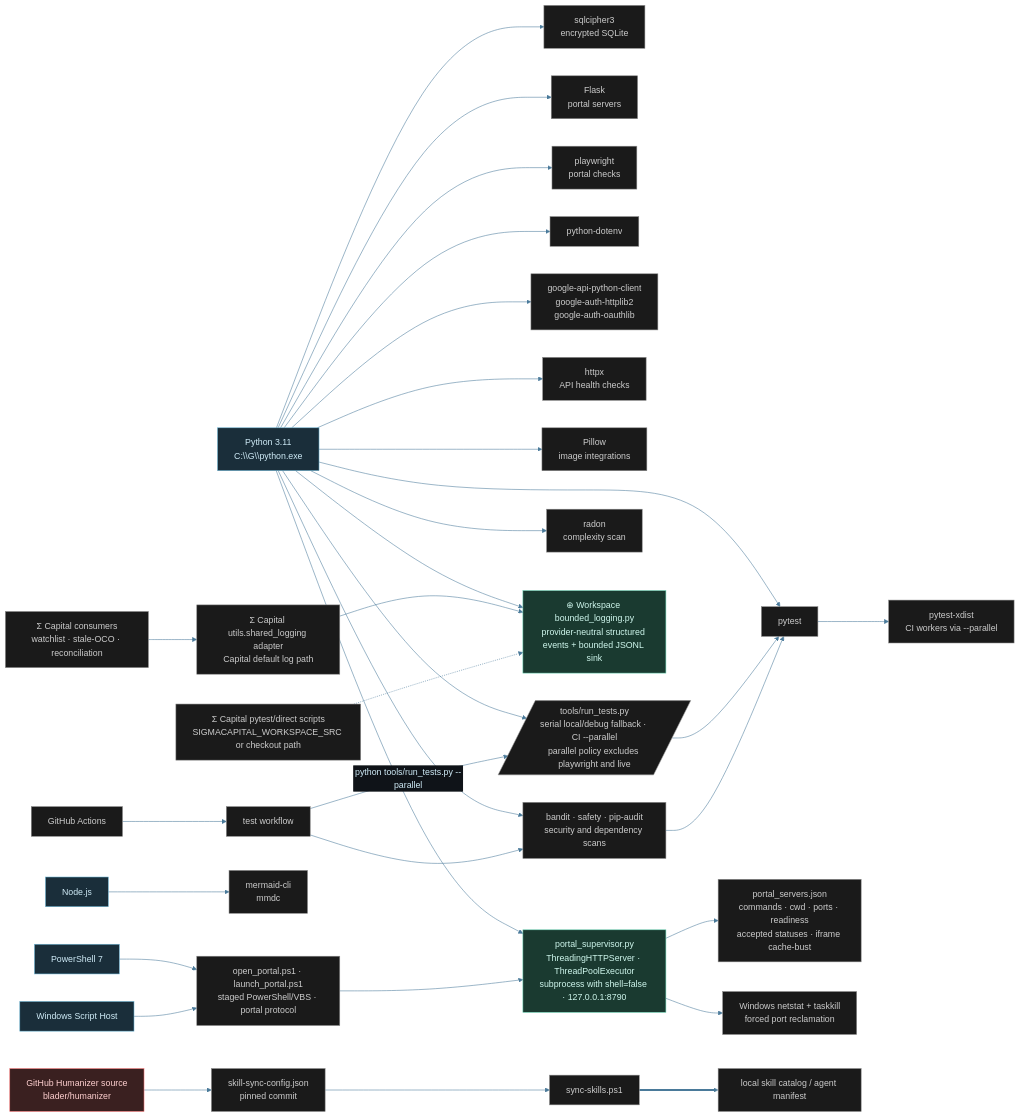
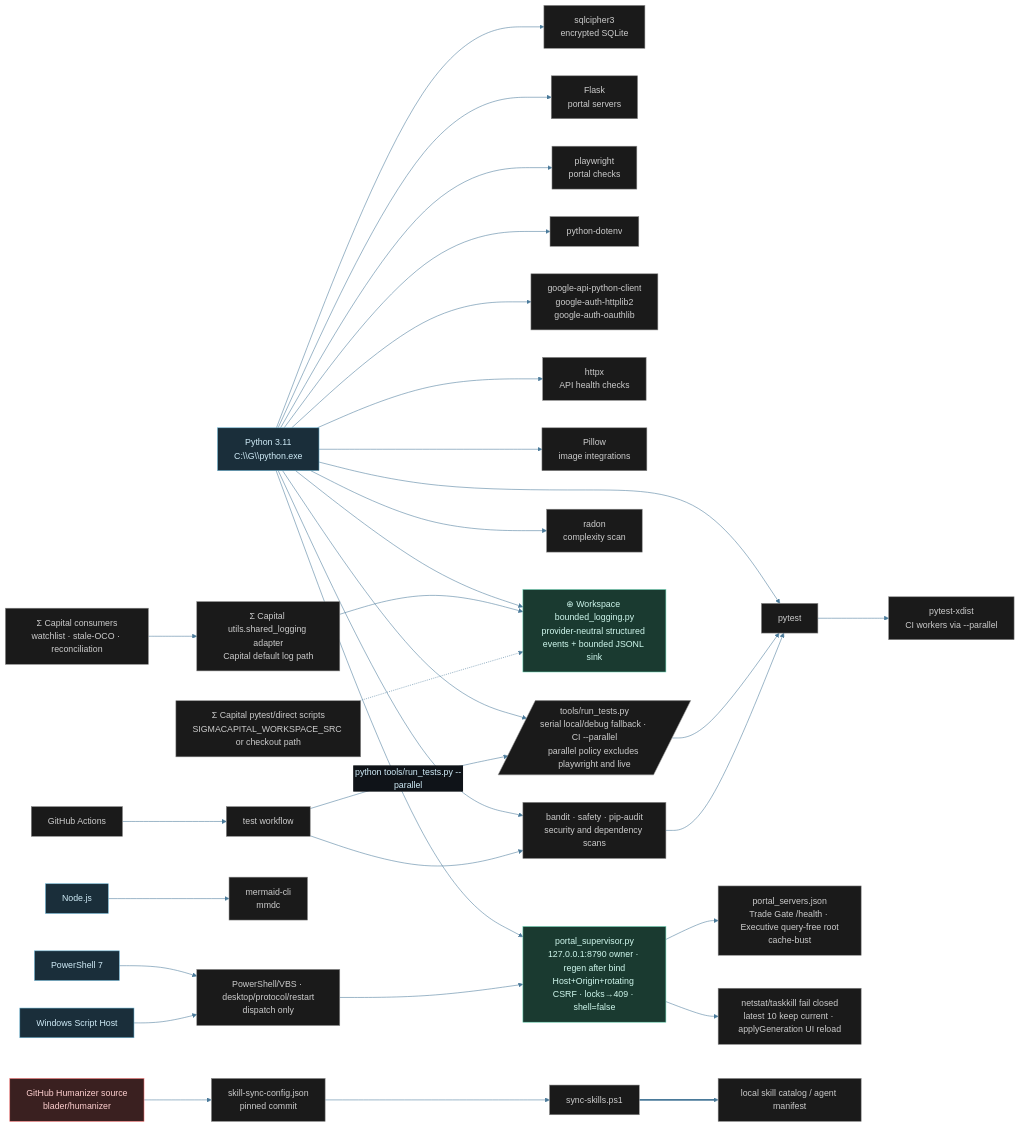
The diagram in diagrams/workspace-tech-stack.mmd (tylerdrakemusic/-Workspace), drawn with Mermaid before and after one commit. The commit also changed 3 other files, not shown here.

Commit message:
docs: refresh portal supervisor architecture

```diff
--- a/diagrams/workspace-tech-stack.mmd
+++ b/diagrams/workspace-tech-stack.mmd
@@ -1,50 +1,50 @@
 %%{init: {'theme': 'base', 'themeVariables': {'primaryColor': '#1a2e3a', 'primaryTextColor': '#d0ecf8', 'edgeLabelBackground': '#0f1318', 'lineColor': '#4a7a9a'}}}%%
 graph LR
     Python[Python 3.11<br/>C:\\G\\python.exe] --> SQLCipher[sqlcipher3<br/>encrypted SQLite]
     Python --> Pytest[pytest]
     Python --> Flask[Flask<br/>portal servers]
     Python --> Playwright[playwright<br/>portal checks]
     Python --> Dotenv[python-dotenv]
     Python --> GoogleAPI[google-api-python-client<br/>google-auth-httplib2<br/>google-auth-oauthlib]
     Python --> Httpx[httpx<br/>API health checks]
     Python --> Pillow[Pillow<br/>image integrations]
     Python --> SecurityTools[bandit · safety · pip-audit<br/>security and dependency scans]
     Python --> Radon[radon<br/>complexity scan]
     Python --> BoundedLogging[⊕ Workspace bounded_logging.py<br/>provider-neutral structured events + bounded JSONL sink]
-    Python --> Supervisor[portal_supervisor.py<br/>ThreadingHTTPServer · ThreadPoolExecutor<br/>subprocess with shell=false · 127.0.0.1:8790]
-    Supervisor --> ServiceConfig[portal_servers.json<br/>commands · cwd · ports · readiness<br/>accepted statuses · iframe cache-bust]
-    Supervisor --> WindowsProcess[Windows netstat + taskkill<br/>forced port reclamation]
-    ThinShims[open_portal.ps1 · launch_portal.ps1<br/>staged PowerShell/VBS · portal protocol] --> Supervisor
+    Python --> Supervisor[portal_supervisor.py<br/>127.0.0.1:8790 owner · regen after bind<br/>Host+Origin+rotating CSRF · locks→409 · shell=false]
+    Supervisor --> ServiceConfig[portal_servers.json<br/>Trade Gate /health · Executive query-free root<br/>cache-bust]
+    Supervisor --> WindowsProcess[netstat/taskkill fail closed<br/>latest 10 keep current · applyGeneration UI reload]
+    ThinShims[PowerShell/VBS · desktop/protocol/restart<br/>dispatch only] --> Supervisor
     PowerShell[PowerShell 7] --> ThinShims
     WindowsScript[Windows Script Host] --> ThinShims
     CapitalLoggingConsumers[Σ Capital consumers<br/>watchlist · stale-OCO · reconciliation] --> CapitalLoggingAdapter[Σ Capital utils.shared_logging adapter<br/>Capital default log path]
     CapitalLoggingAdapter --> BoundedLogging
     CapitalLoggingBootstrap[Σ Capital pytest/direct scripts<br/>SIGMACAPITAL_WORKSPACE_SRC or checkout path] -.-> BoundedLogging
     Python --> TestRunner[/tools/run_tests.py<br/>serial local/debug fallback · CI --parallel<br/>parallel policy excludes playwright and live/]
     TestRunner --> Pytest
     Pytest --> Xdist[pytest-xdist<br/>CI workers via --parallel]
     Node[Node.js] --> Mmdc[mermaid-cli<br/>mmdc]
     GitHub[GitHub Actions] --> CI_Tests[test workflow]
     CI_Tests --> SecurityTools --> Pytest
     CI_Tests -->|"python tools/run_tests.py --parallel"| TestRunner
     HumanizerSource[GitHub Humanizer source<br/>blader/humanizer] --> SkillSyncConfig[skill-sync-config.json<br/>pinned commit]
     SkillSyncConfig --> SkillSyncScript[sync-skills.ps1]
     SkillSyncScript ==> LocalSkillCatalog[local skill catalog / agent manifest]
     class Python,Node,PowerShell,WindowsScript lang
     class Supervisor,BoundedLogging ws
     class CapitalLoggingAdapter,CapitalLoggingConsumers,CapitalLoggingBootstrap tool
     class SQLCipher,Pytest,TestRunner,Xdist,Flask,Playwright,Dotenv,Mmdc,ThinShims,ServiceConfig,WindowsProcess,GitHub,CI_Tests,GoogleAPI,Httpx,Pillow,SecurityTools,Radon,SkillSyncConfig,SkillSyncScript,LocalSkillCatalog tool
     class HumanizerSource ext
 
 classDef life     fill:#1a2e3a,stroke:#6ab4d4,color:#d0ecf8
 classDef music    fill:#3a1a24,stroke:#d47a8f,color:#f8d0dc
 classDef quantum  fill:#251a3a,stroke:#a07adf,color:#e8d0f8
 classDef manifest fill:#3a2e1a,stroke:#d4a96a,color:#f8ead0
 classDef ws       fill:#1a3a30,stroke:#6ad4b4,color:#d0f8ee
 classDef tyler    fill:#2a1a3a,stroke:#9e4aff,color:#fff
 classDef orch     fill:#1a3a52,stroke:#4a9eff,color:#fff
 classDef ext      fill:#3a2020,stroke:#ff7a7a,color:#ffd0d0
 classDef db       fill:#3a3010,stroke:#d4c050,color:#f8f0c0
 classDef state    fill:#1a1a1a,stroke:#888888,color:#cccccc
 classDef lang     fill:#1a2e3a,stroke:#6ab4d4,color:#d0ecf8
 classDef tool     fill:#1a1a1a,stroke:#888888,color:#cccccc
```
